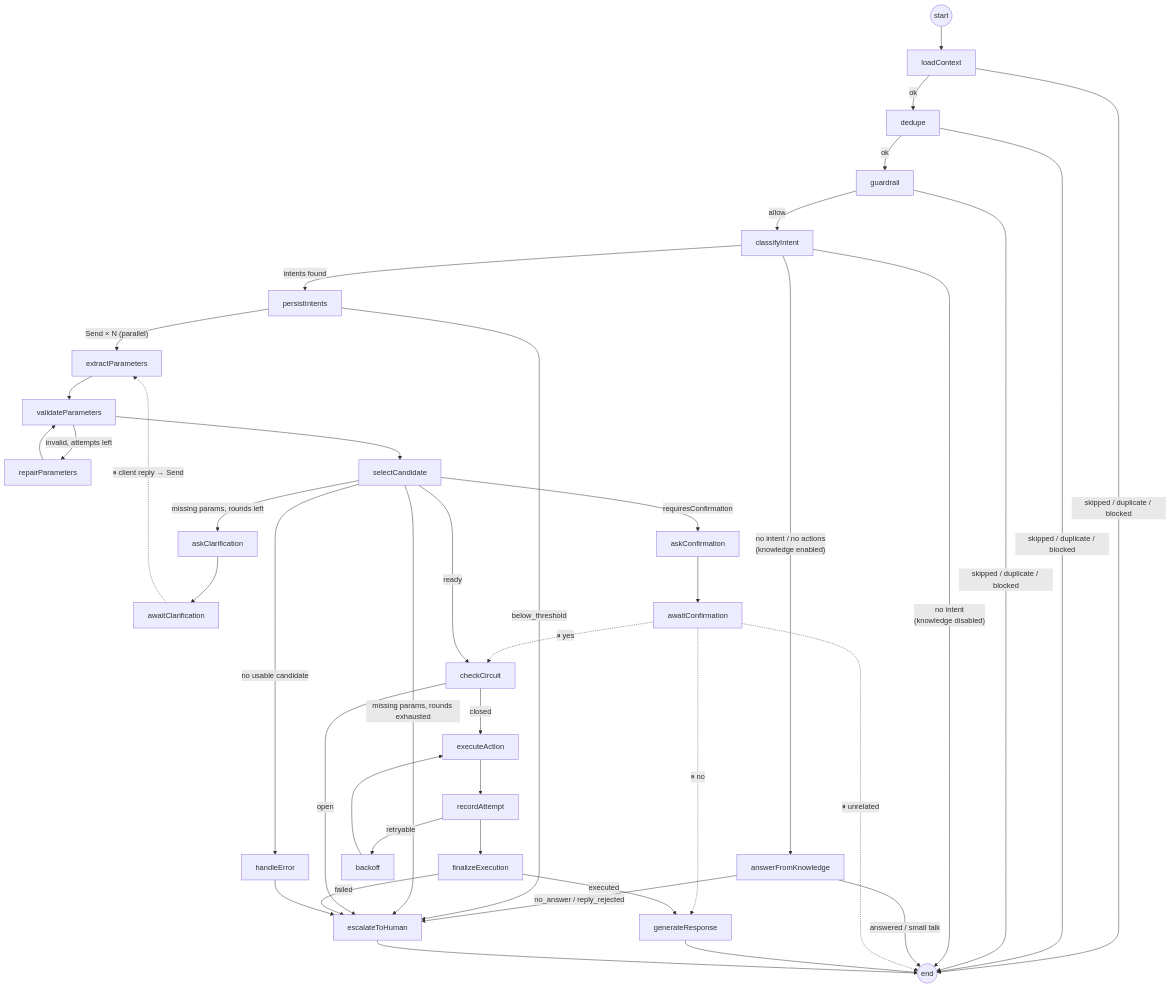
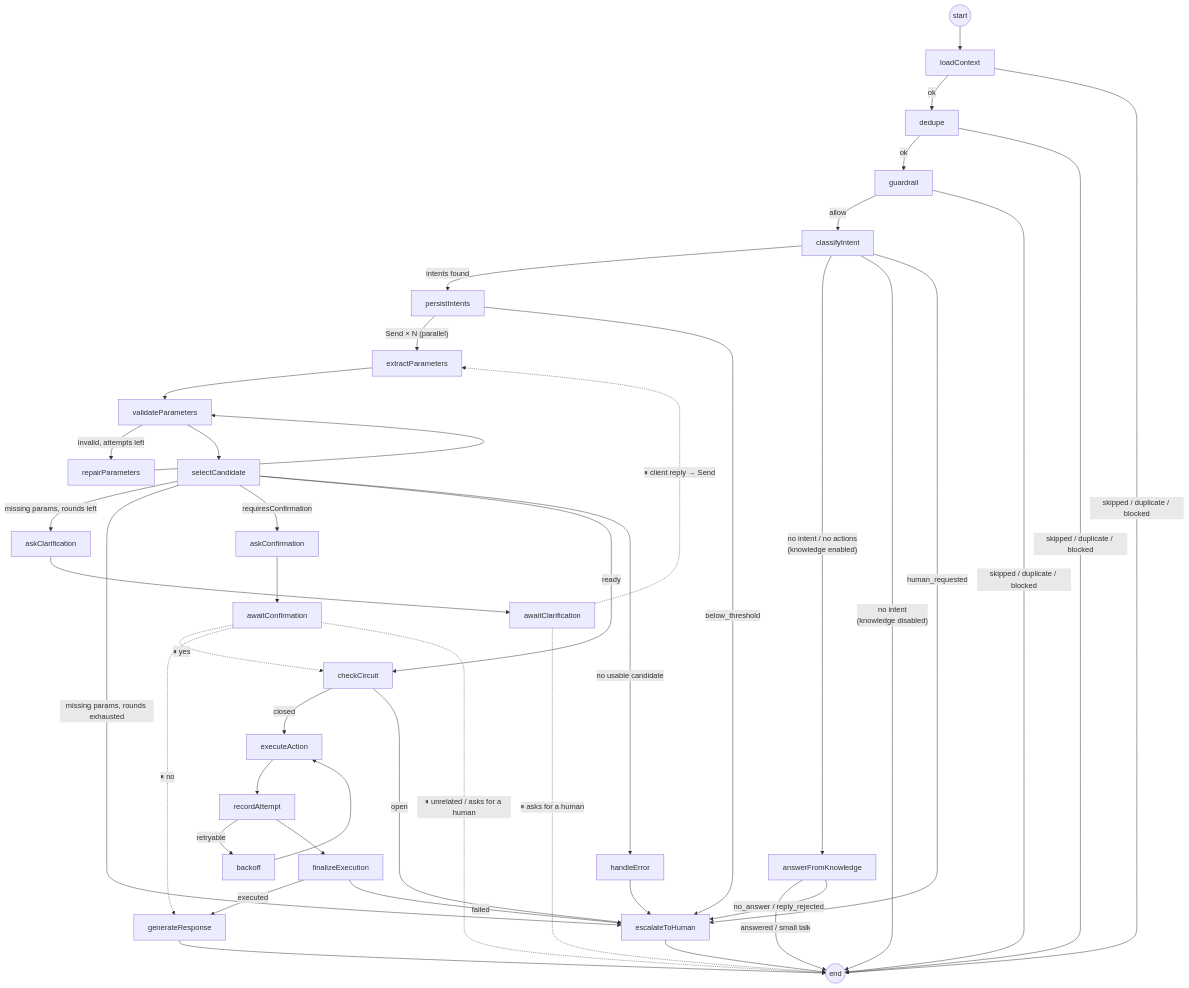
One commit to tysio111/teddy-support changed the third of 8 diagrams in README.md. Above: the diagram before and after it, drawn with Mermaid. The commit also changed other lines of this file and 14 other files, not shown here.

````diff
--- a/README.md
+++ b/README.md
@@ -226,39 +226,41 @@
 ```mermaid
 flowchart TD
   START((start)) --> loadContext
   loadContext -- ok --> dedupe
   dedupe -- ok --> guardrail
   guardrail -- allow --> classifyIntent
   loadContext & dedupe & guardrail -- "skipped / duplicate / blocked" --> END((end))
 
   classifyIntent -- "intents found" --> persistIntents
   classifyIntent -- "no intent / no actions<br/>(knowledge enabled)" --> answerFromKnowledge
   classifyIntent -- "no intent<br/>(knowledge disabled)" --> END
+  classifyIntent -- human_requested --> escalateToHuman
   answerFromKnowledge -- "answered / small talk" --> END
   answerFromKnowledge -- "no_answer / reply_rejected" --> escalateToHuman
 
   persistIntents -- "Send × N (parallel)" --> extractParameters
   persistIntents -- below_threshold --> escalateToHuman
   extractParameters --> validateParameters
   validateParameters -- "invalid, attempts left" --> repairParameters --> validateParameters
   validateParameters --> selectCandidate
 
   selectCandidate -- "missing params, rounds left" --> askClarification --> awaitClarification
   awaitClarification -.->|"⏸ client reply → Send"| extractParameters
+  awaitClarification -.->|"⏸ asks for a human"| END
   selectCandidate -- "missing params, rounds exhausted" --> escalateToHuman
   selectCandidate -- requiresConfirmation --> askConfirmation --> awaitConfirmation
   awaitConfirmation -.->|"⏸ yes"| checkCircuit
   awaitConfirmation -.->|"⏸ no"| generateResponse
-  awaitConfirmation -.->|"⏸ unrelated"| END
+  awaitConfirmation -.->|"⏸ unrelated / asks for a human"| END
   selectCandidate -- ready --> checkCircuit
   selectCandidate -- "no usable candidate" --> handleError
 
   checkCircuit -- closed --> executeAction --> recordAttempt
   checkCircuit -- open --> escalateToHuman
   recordAttempt -- retryable --> backoff --> executeAction
   recordAttempt --> finalizeExecution
   finalizeExecution -- executed --> generateResponse --> END
   finalizeExecution -- failed --> escalateToHuman
 
   handleError --> escalateToHuman --> END
 ```
````
